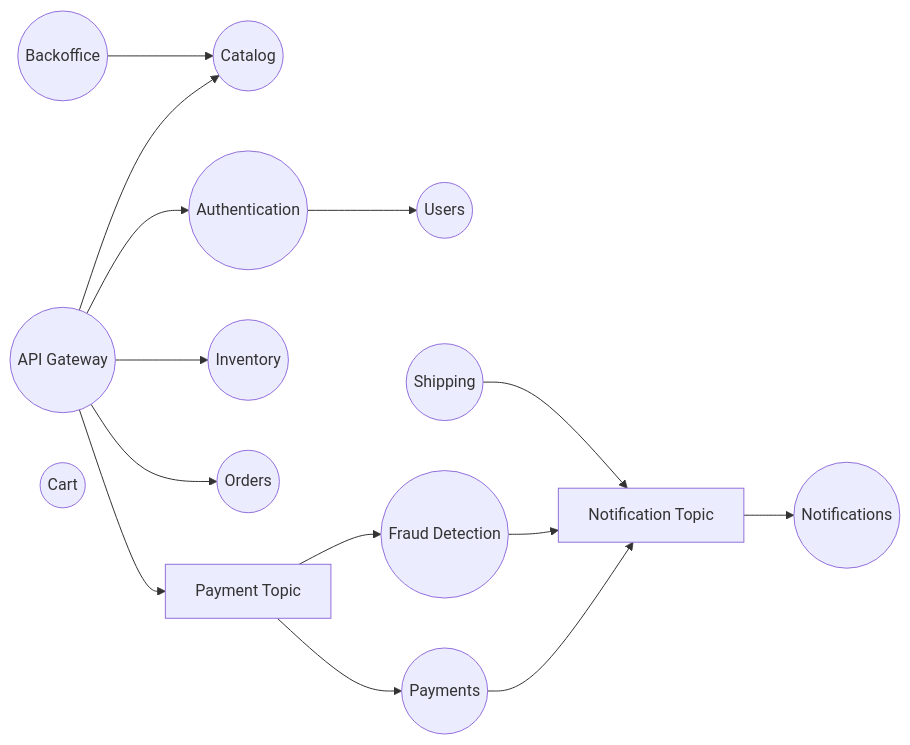
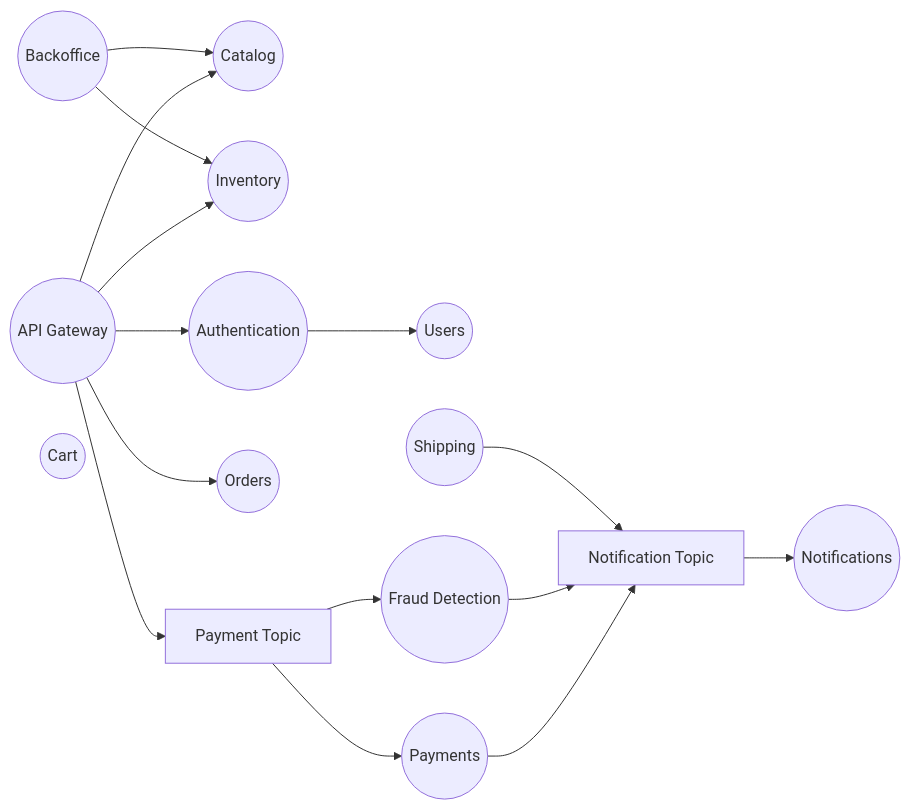
Before and after one commit to Over-engineered-Ecommerce/Architecture: the second of 2 diagrams in README.md, drawn with Mermaid.

````diff
--- a/README.md
+++ b/README.md
@@ -14,24 +14,26 @@
 ```mermaid
 graph LR;
 
     Catalog((Catalog))
     
     
+    
+    Gateway((API Gateway)) --> Inventory((Inventory))
+    Backoffice((Backoffice)) --> Inventory((Inventory))
+    Auth((Authentication)) --> Users((Users))
     Gateway((API Gateway)) --> Auth((Authentication))
-    Auth((Authentication)) --> Users((Users))
-    Gateway((API Gateway)) --> Inventory((Inventory))
     Gateway((API Gateway)) --> Catalog((Catalog))
     Backoffice((Backoffice)) --> Catalog((Catalog))
     Gateway((API Gateway)) --> Orders((Orders))
     Gateway((API Gateway)) --> paymentTopic[Payment Topic]
     paymentTopic --> Payments((Payments))
     paymentTopic --> Fraud((Fraud Detection))
     
     Payments((Payments)) --> notificationTopic[Notification Topic]
     Fraud --> notificationTopic[Notification Topic]
     notificationTopic --> Notifications((Notifications))
     Shipping((Shipping)) --> notificationTopic
     
     Cart((Cart))
 
 ```
````
